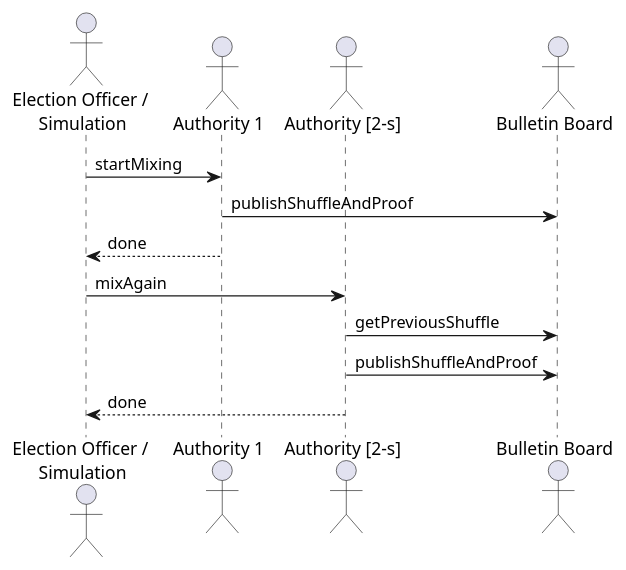
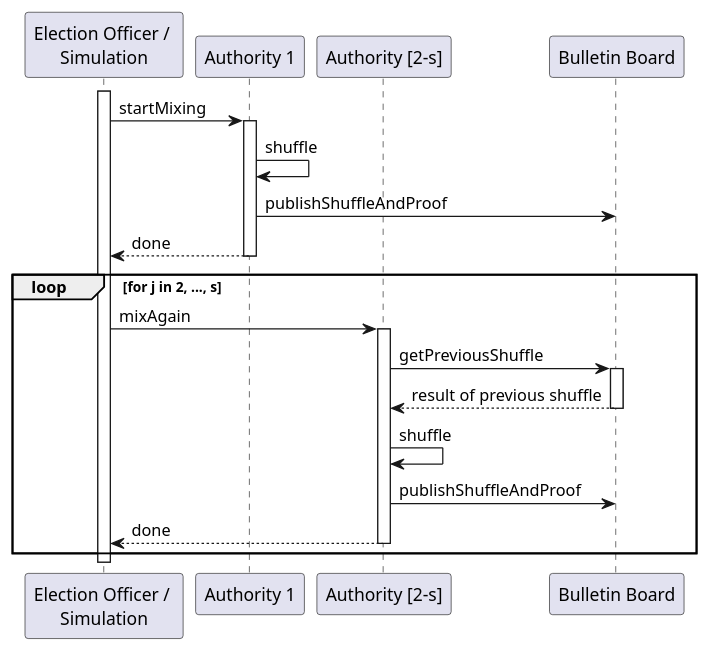
Before and after one commit to republique-et-canton-de-geneve/chvote-protocol-poc: the diagram in doc/sequence/Mixing.puml, drawn with PlantUML. The commit also changed 11 other files, not shown here.

Commit message:
Improve sequence diagrams

```diff
--- a/doc/sequence/Mixing.puml
+++ b/doc/sequence/Mixing.puml
@@ -1,16 +1,28 @@
 @startuml
-actor "Election Officer / \nSimulation" as eo
-actor "Authority 1" as auth1
-actor "Authority [2-s]" as auth2
-actor "Bulletin Board" as bb
+participant "Election Officer / \nSimulation" as eo
+participant "Authority 1" as auth1
+participant "Authority [2-s]" as auth2
+participant "Bulletin Board" as bb
 
+activate eo
 eo -> auth1 : startMixing
+activate auth1
+auth1 -> auth1 : shuffle
 auth1 -> bb : publishShuffleAndProof
 auth1 --> eo : done
+deactivate auth1
 
-eo -> auth2 : mixAgain
-auth2 -> bb : getPreviousShuffle
-auth2 -> bb : publishShuffleAndProof
-auth2 --> eo : done
-
+loop for j in 2, ..., s
+    eo -> auth2 : mixAgain
+    activate auth2
+    auth2 -> bb : getPreviousShuffle
+    activate bb
+    bb --> auth2 : result of previous shuffle
+    deactivate bb
+    auth2 -> auth2 : shuffle
+    auth2 -> bb : publishShuffleAndProof
+    auth2 --> eo : done
+    deactivate auth2
+end
+deactivate eo
 @enduml
```
